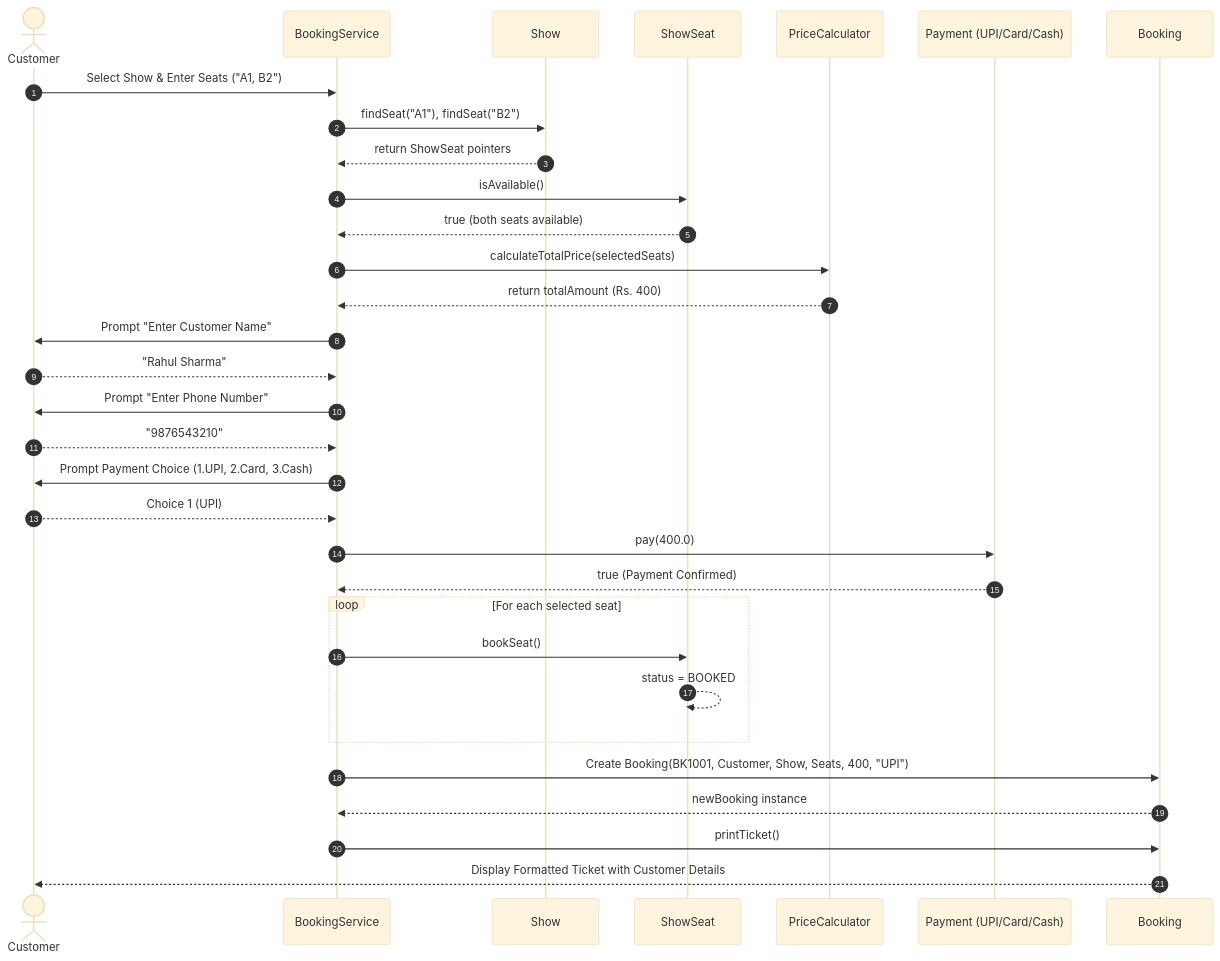
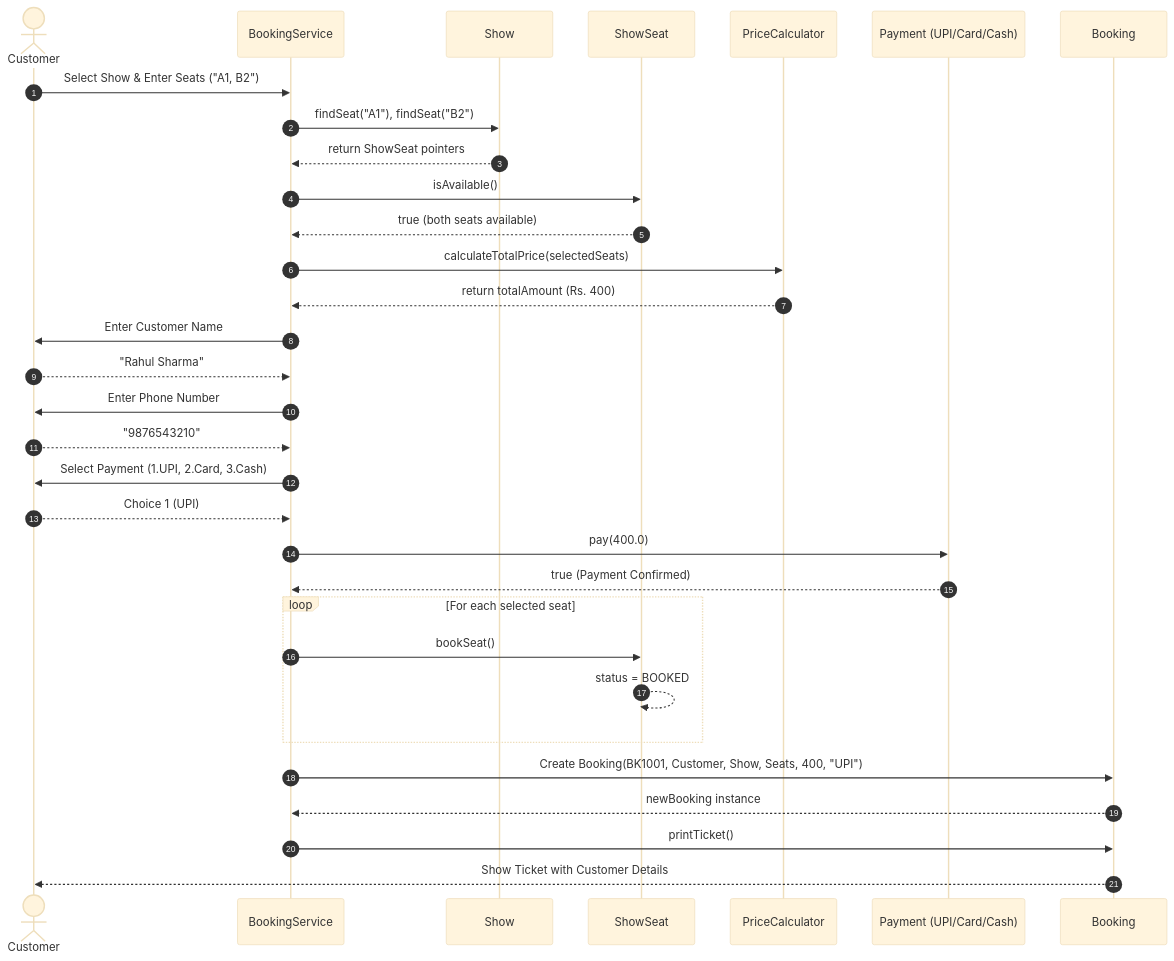
One commit to Sujalkathait/MovieTicketBookingSystem changed the second of 2 diagrams in README.md. Above: the diagram before and after it, drawn with Mermaid (base theme). The commit also changed other lines of this file, not shown here.

Commit message:
Update README.md formatting and simplify sections 8 and 9

````diff
--- a/README.md
+++ b/README.md
@@ -529,67 +507,41 @@
 ```mermaid
-
 sequenceDiagram
-
-    autonumber
-
-    actor User as Customer
-
-    participant BS as BookingService
-
-    participant S as Show
-
-    participant SS as ShowSeat
-
-    participant PC as PriceCalculator
-
-    participant PM as Payment (UPI/Card/Cash)
-
-    participant B as Booking
-
-    User->>BS: Select Show & Enter Seats ("A1, B2")
-
-    BS->>S: findSeat("A1"), findSeat("B2")
-
-    S-->>BS: return ShowSeat pointers
-
-    BS->>SS: isAvailable()
-
-    SS-->>BS: true (both seats available)
-
-    BS->>PC: calculateTotalPrice(selectedSeats)
-
-    PC-->>BS: return totalAmount (Rs. 400)
-
-    BS->>User: Prompt "Enter Customer Name"
-
-    User-->>BS: "Rahul Sharma"
-
-    BS->>User: Prompt "Enter Phone Number"
-
-    User-->>BS: "9876543210"
-
-    BS->>User: Prompt Payment Choice (1.UPI, 2.Card, 3.Cash)
-
-    User-->>BS: Choice 1 (UPI)
-
-    BS->>PM: pay(400.0)
-
-    PM-->>BS: true (Payment Confirmed)
-
-    loop For each selected seat
-
-        BS->>SS: bookSeat()
-
-        SS-->>SS: status = BOOKED
-
-    end
-
-    BS->>B: Create Booking(BK1001, Customer, Show, Seats, 400, "UPI")
-
-    B-->>BS: newBooking instance
-
-    BS->>B: printTicket()
-
-    B-->>User: Display Formatted Ticket with Customer Details
-
+    autonumber
+    actor User as Customer
+    participant BS as BookingService
+    participant S as Show
+    participant SS as ShowSeat
+    participant PC as PriceCalculator
+    participant PM as Payment (UPI/Card/Cash)
+    participant B as Booking
+    
+    User->>BS: Select Show & Enter Seats ("A1, B2")
+    BS->>S: findSeat("A1"), findSeat("B2")
+    S-->>BS: return ShowSeat pointers
+    BS->>SS: isAvailable()
+    SS-->>BS: true (both seats available)
+    
+    BS->>PC: calculateTotalPrice(selectedSeats)
+    PC-->>BS: return totalAmount (Rs. 400)
+    
+    BS->>User: Enter Customer Name
+    User-->>BS: "Rahul Sharma"
+    BS->>User: Enter Phone Number
+    User-->>BS: "9876543210"
+    
+    BS->>User: Select Payment (1.UPI, 2.Card, 3.Cash)
+    User-->>BS: Choice 1 (UPI)
+    
+    BS->>PM: pay(400.0)
+    PM-->>BS: true (Payment Confirmed)
+    
+    loop For each selected seat
+        BS->>SS: bookSeat()
+        SS-->>SS: status = BOOKED
+    end
+    
+    BS->>B: Create Booking(BK1001, Customer, Show, Seats, 400, "UPI")
+    B-->>BS: newBooking instance
+    BS->>B: printTicket()
+    B-->>User: Show Ticket with Customer Details
 ```
````
